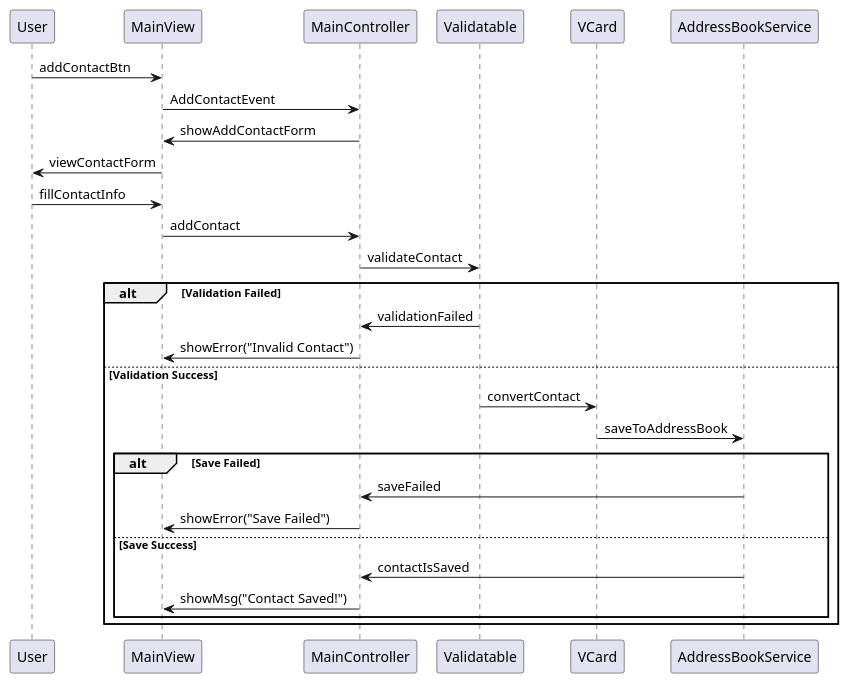
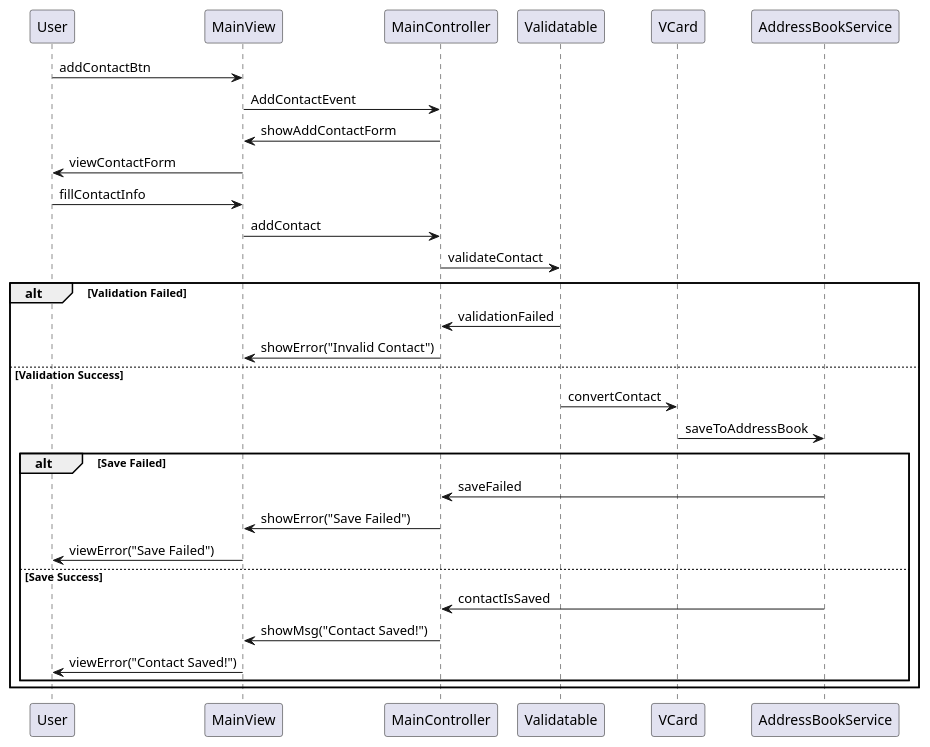
Before and after one commit to francescopeluso/SWE-Project: the diagram in SequenceDiagrams/AddContactDiagram.puml, drawn with PlantUML. The commit also changed 5 other files, not shown here.

Commit message:
aggiornati i diagrammi di sequenza

```diff
--- a/SequenceDiagrams/AddContactDiagram.puml
+++ b/SequenceDiagrams/AddContactDiagram.puml
@@ -1,27 +1,29 @@
 @startuml
 
 User -> MainView: addContactBtn
 MainView -> MainController: AddContactEvent
 MainController -> MainView: showAddContactForm
 MainView -> User: viewContactForm
 User -> MainView: fillContactInfo
 MainView -> MainController: addContact
 MainController -> Validatable: validateContact
 
 alt Validation Failed
   Validatable -> MainController: validationFailed
   MainController -> MainView: showError("Invalid Contact")
 else Validation Success
   Validatable -> VCard: convertContact
   VCard -> AddressBookService: saveToAddressBook
   
   alt Save Failed
     AddressBookService -> MainController: saveFailed
     MainController -> MainView: showError("Save Failed")
+    MainView -> User: viewError("Save Failed")
   else Save Success
     AddressBookService -> MainController: contactIsSaved
     MainController -> MainView: showMsg("Contact Saved!")
+    MainView -> User: viewError("Contact Saved!")
   end
 end
 
 @enduml
```
